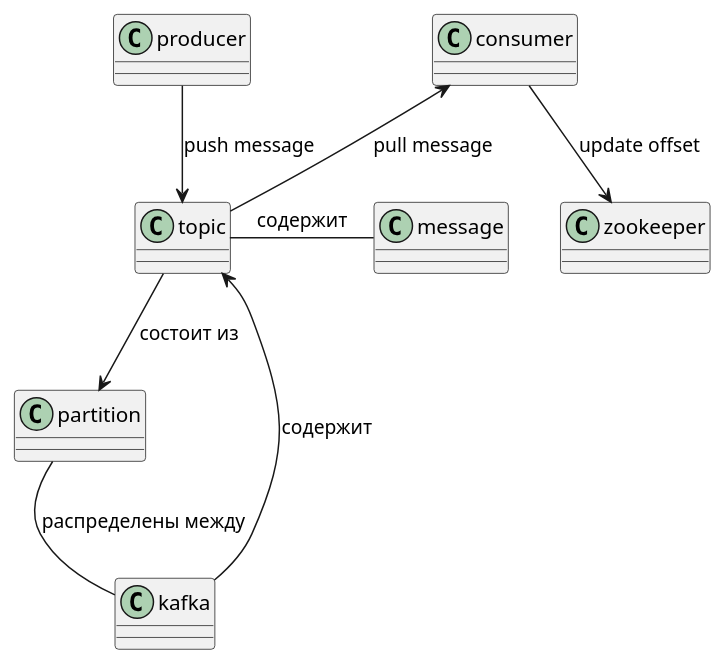
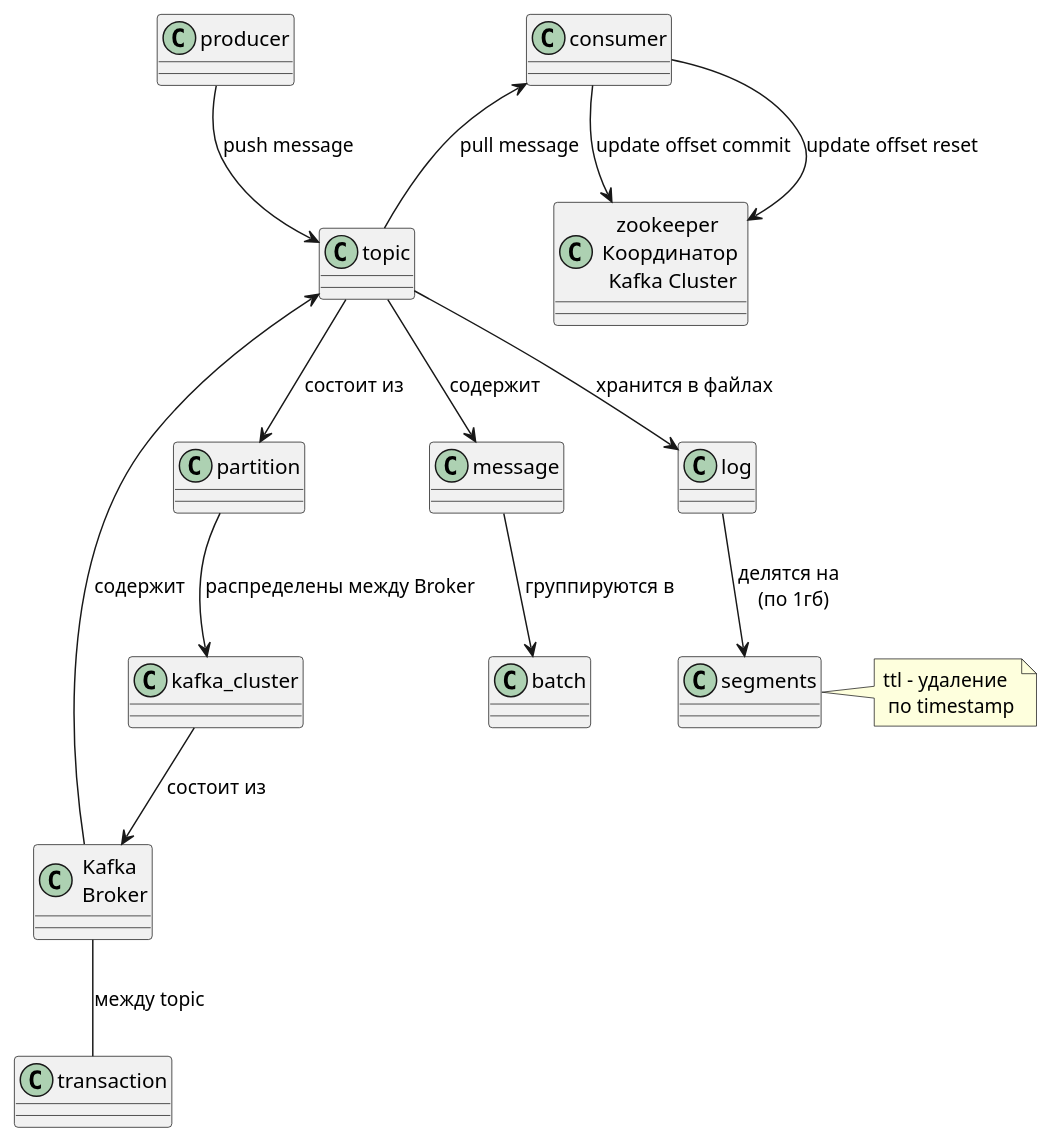
One commit to daemon110282/daemon110282.github.io changed the diagram in technology/middleware/messagebus/kafka.puml. Above: the diagram before and after it, drawn with PlantUML. The commit also changed 7 other files, not shown here.

```diff
--- a/technology/middleware/messagebus/kafka.puml
+++ b/technology/middleware/messagebus/kafka.puml
@@ -1,16 +1,27 @@
 @startuml (id=Jenkins)
 
-class kafka
+class kafka as "Kafka \n Broker"
+class zookeeper as "zookeeper \n Координатор \n Kafka Cluster"
+
+kafka_cluster --> kafka: состоит из
 
 kafka --> topic : содержит
 topic --> partition : состоит из
-partition -- kafka: распределены между
-topic - message: содержит
+partition --> kafka_cluster: распределены между Broker
+
+topic --> message: содержит
+message --> batch: группируются в
 producer --> topic : push message
 consumer <-- topic : pull message
-consumer --> zookeeper: update offset
+consumer --> zookeeper: update offset commit
+consumer --> zookeeper: update offset reset
+
+kafka -- transaction: между topic
 ' pipeline "1" --> "*" stage : включает
 ' pipeline --> jenkins_file : описывает
 
+topic --> log: хранится в файлах
+log --> segments: делятся на \n (по 1гб)
+note right: ttl - удаление \n по timestamp
 
 @enduml
```
